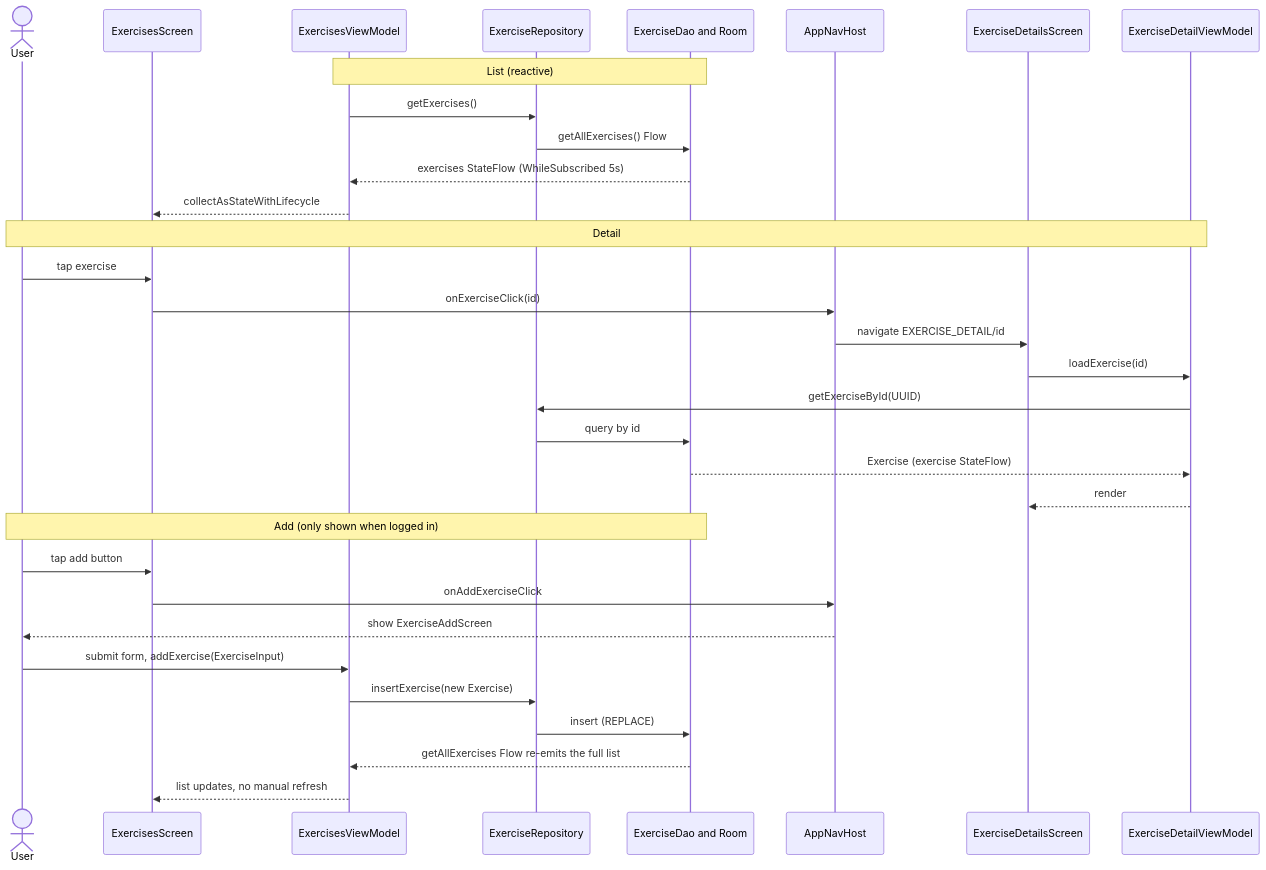
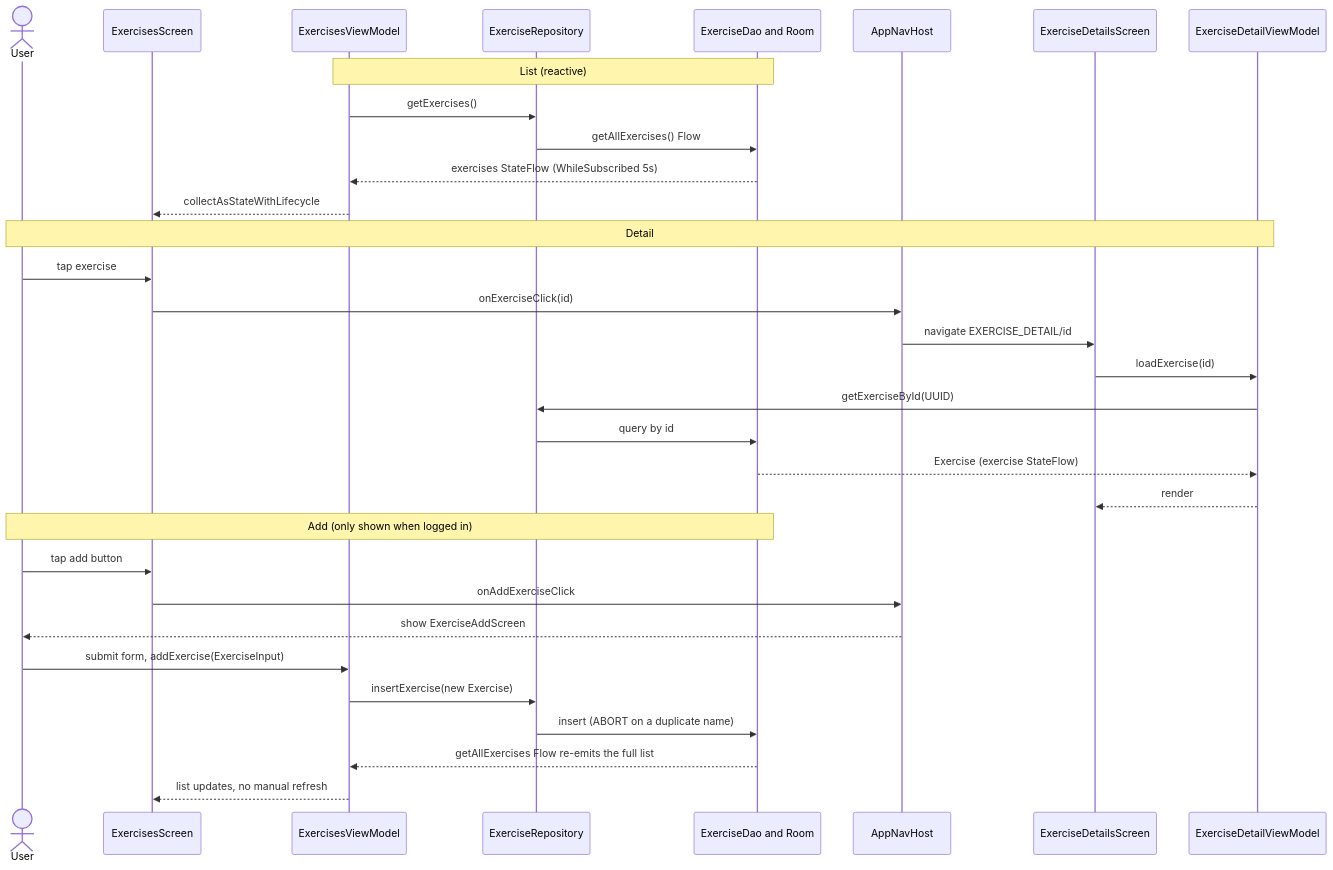
One commit to RicardoGomes07/Fittrack-App-Android changed the third of 6 diagrams in ARCHITECTURE_DIAGRAM.md. Above: the diagram before and after it, drawn with Mermaid. The commit also changed other lines of this file and 1 other file, not shown here.

Commit message:
Architecture Documentation updated

````diff
--- a/ARCHITECTURE_DIAGRAM.md
+++ b/ARCHITECTURE_DIAGRAM.md
@@ -133,37 +158,37 @@
 ```mermaid
 sequenceDiagram
     actor User
     participant List as ExercisesScreen
     participant EVM as ExercisesViewModel
     participant Repo as ExerciseRepository
     participant Room as ExerciseDao and Room
     participant Nav as AppNavHost
     participant Det as ExerciseDetailsScreen
     participant DVM as ExerciseDetailViewModel
 
     Note over EVM,Room: List (reactive)
     EVM->>Repo: getExercises()
     Repo->>Room: getAllExercises() Flow
     Room-->>EVM: exercises StateFlow (WhileSubscribed 5s)
     EVM-->>List: collectAsStateWithLifecycle
 
     Note over User,DVM: Detail
     User->>List: tap exercise
     List->>Nav: onExerciseClick(id)
     Nav->>Det: navigate EXERCISE_DETAIL/id
     Det->>DVM: loadExercise(id)
     DVM->>Repo: getExerciseById(UUID)
     Repo->>Room: query by id
     Room-->>DVM: Exercise (exercise StateFlow)
     DVM-->>Det: render
 
     Note over User,Room: Add (only shown when logged in)
     User->>List: tap add button
     List->>Nav: onAddExerciseClick
     Nav-->>User: show ExerciseAddScreen
     User->>EVM: submit form, addExercise(ExerciseInput)
     EVM->>Repo: insertExercise(new Exercise)
-    Repo->>Room: insert (REPLACE)
+    Repo->>Room: insert (ABORT on a duplicate name)
     Room-->>EVM: getAllExercises Flow re-emits the full list
     EVM-->>List: list updates, no manual refresh
 ```
````
